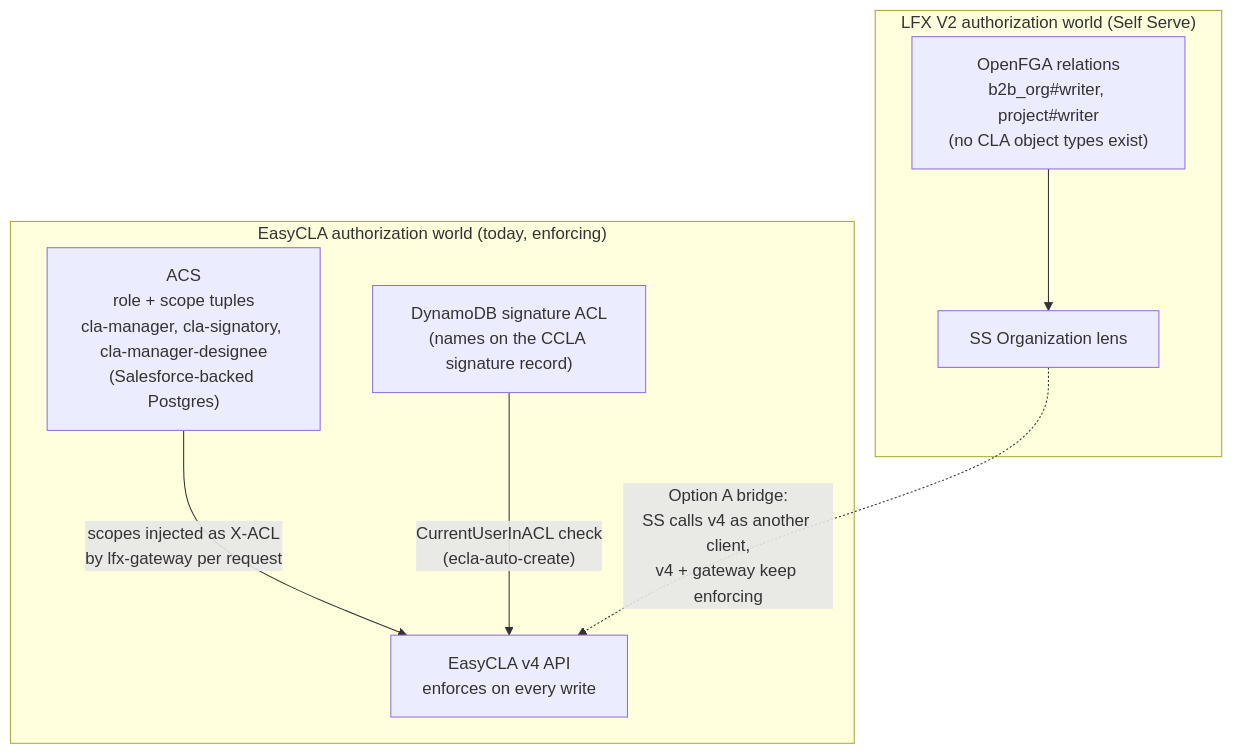
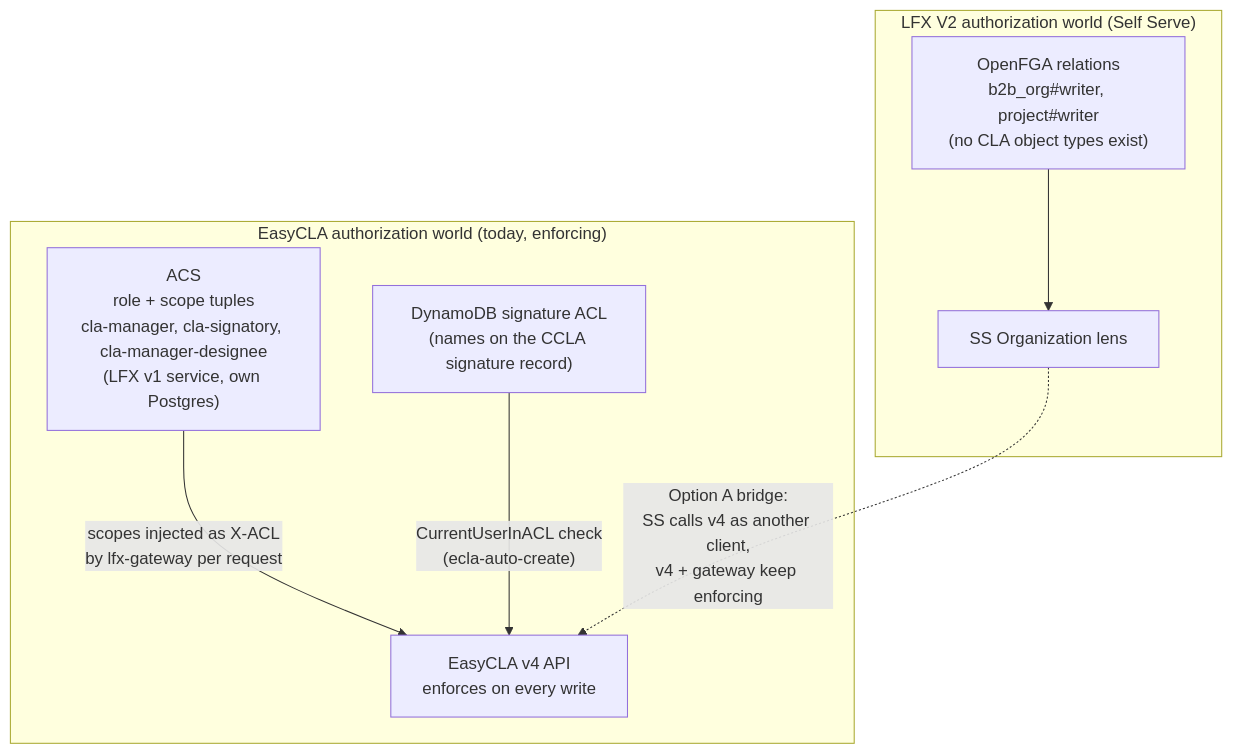
The first of 4 diagrams in docs/easycla-ss-migration/role-mapping-feasibility.md (linuxfoundation/easycla), drawn with Mermaid before and after one commit. The commit also changed other lines of this file and 4 other files, not shown here.

First line of the commit message:
docs: incorporate architecture review feedback (Eric, 2026-07-20)

````diff
--- a/docs/easycla-ss-migration/role-mapping-feasibility.md
+++ b/docs/easycla-ss-migration/role-mapping-feasibility.md
@@ -38,16 +38,16 @@
 ```mermaid
 flowchart TB
     subgraph EASYCLA["EasyCLA authorization world (today, enforcing)"]
-        ACS["ACS<br/>role + scope tuples<br/>cla-manager, cla-signatory, cla-manager-designee<br/>(Salesforce-backed Postgres)"]
+        ACS["ACS<br/>role + scope tuples<br/>cla-manager, cla-signatory, cla-manager-designee<br/>(LFX v1 service, own Postgres)"]
         SIGACL["DynamoDB signature ACL<br/>(names on the CCLA signature record)"]
         V4["EasyCLA v4 API<br/>enforces on every write"]
         ACS -->|"scopes injected as X-ACL<br/>by lfx-gateway per request"| V4
         SIGACL -->|"CurrentUserInACL check<br/>(ecla-auto-create)"| V4
     end
     subgraph LFXV2["LFX V2 authorization world (Self Serve)"]
         FGA["OpenFGA relations<br/>b2b_org#writer, project#writer<br/>(no CLA object types exist)"]
         ORG["SS Organization lens"]
         FGA --> ORG
     end
     ORG -.->|"Option A bridge:<br/>SS calls v4 as another client,<br/>v4 + gateway keep enforcing"| V4
 ```
````
